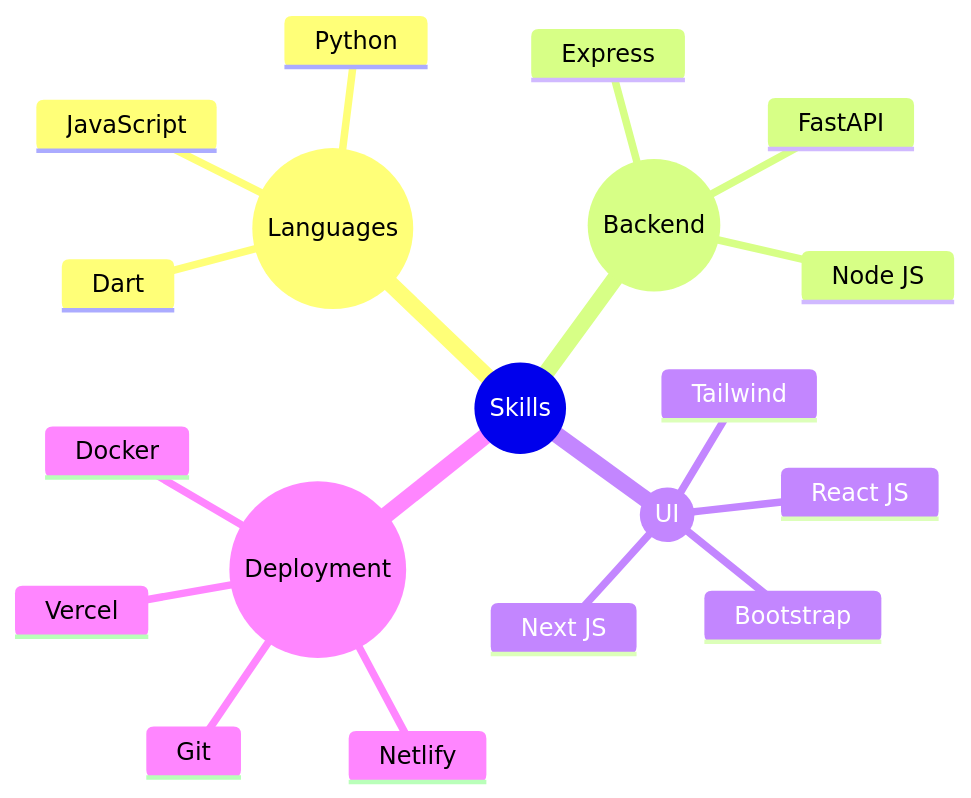
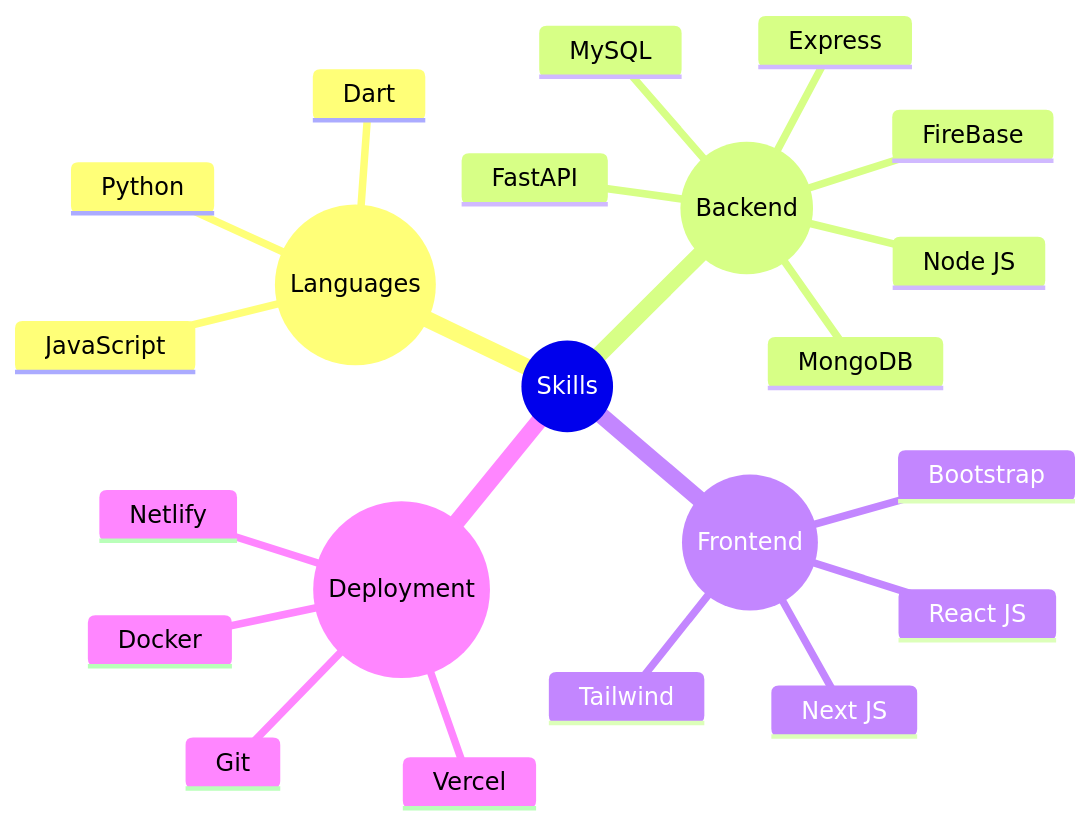
One commit to MisbahHaq/MisbahHaq changed the diagram in README.md. Above: the diagram before and after it, drawn with Mermaid.

Commit message:
README.md

````diff
--- a/README.md
+++ b/README.md
@@ -14,22 +14,25 @@
 ```mermaid
 mindmap
   root((Skills))
     ((Languages))
       JavaScript
       Python
       Dart
     ((Backend))
+      FireBase
+      MySQL
+      MongoDB
       Node JS
       FastAPI
       Express
-    ((UI))
+    ((Frontend))
       Tailwind
       Bootstrap
       React JS
       Next JS
     ((Deployment))
       Git
       Docker
       Vercel
       Netlify
 ```
````
